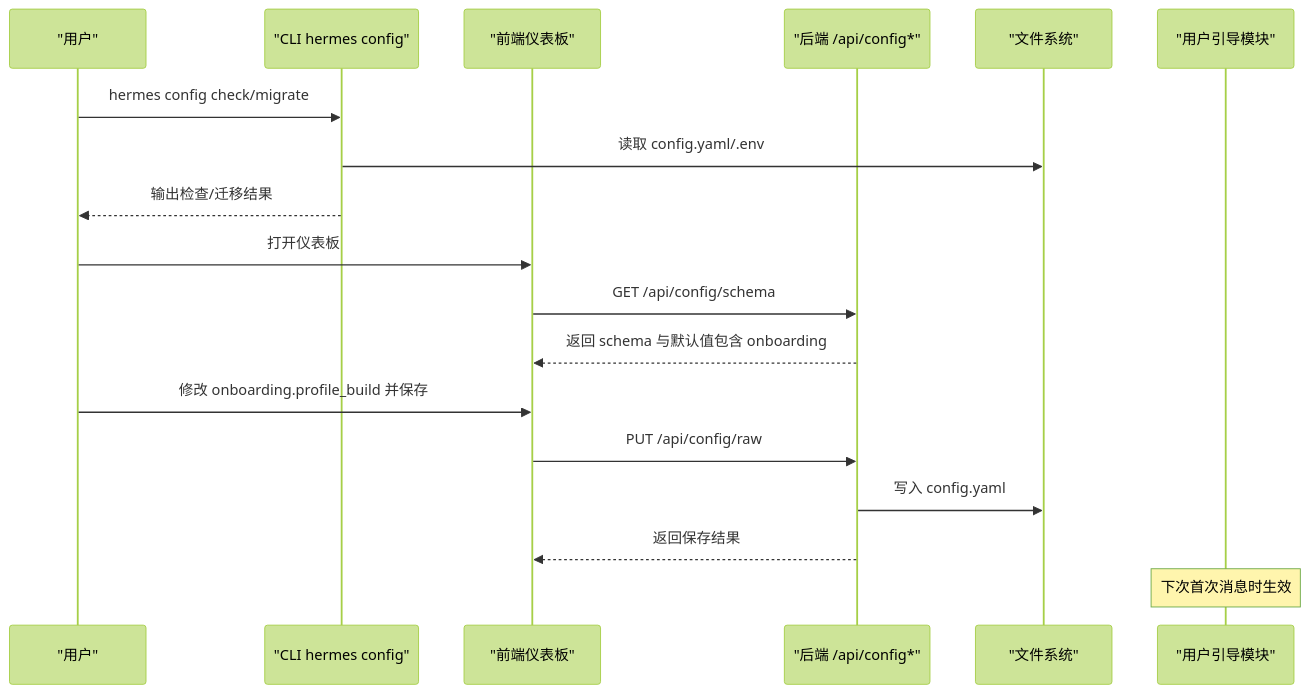
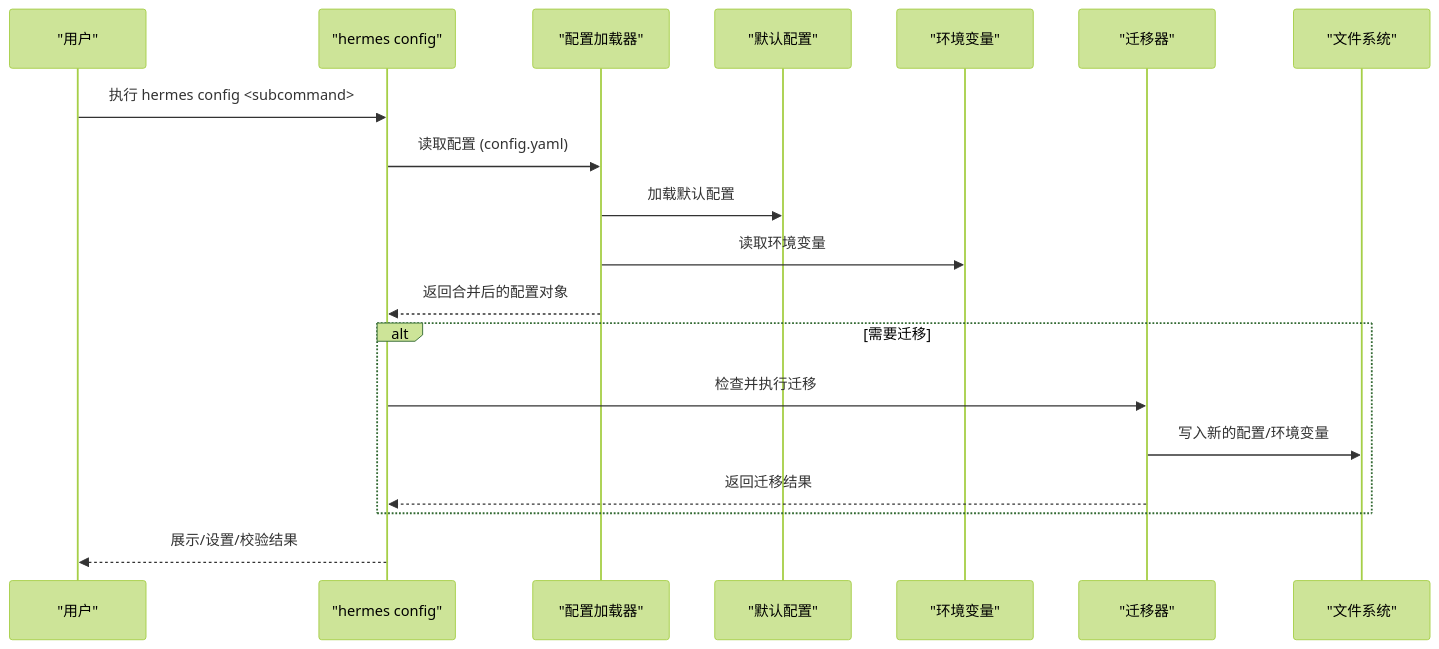
The second of 3 diagrams in .qoder/repowiki/zh/content/命令行界面/配置管理.md (haolange/hermes-agent), drawn with Mermaid (forest theme) before and after one commit. The commit also changed other lines of this file and 1206 other files, not shown here.

````diff
--- a/.qoder/repowiki/zh/content/命令行界面/配置管理.md
+++ b/.qoder/repowiki/zh/content/命令行界面/配置管理.md
@@ -223,20 +88,21 @@
 ```mermaid
 sequenceDiagram
-participant User as "用户"
-participant CLI as "CLI hermes config"
-participant FE as "前端仪表板"
-participant API as "后端 /api/config*"
+participant U as "用户"
+participant CLI as "hermes config"
+participant CFG as "配置加载器"
+participant DEF as "默认配置"
+participant ENV as "环境变量"
+participant MIG as "迁移器"
 participant FS as "文件系统"
-participant Onboarding as "用户引导模块"
-User->>CLI : hermes config check/migrate
-CLI->>FS : 读取 config.yaml/.env
-CLI-->>User : 输出检查/迁移结果
-User->>FE : 打开仪表板
-FE->>API : GET /api/config/schema
-API-->>FE : 返回 schema 与默认值包含 onboarding
-User->>FE : 修改 onboarding.profile_build 并保存
-FE->>API : PUT /api/config/raw
-API->>FS : 写入 config.yaml
-API-->>FE : 返回保存结果
-Note over Onboarding : 下次首次消息时生效
+U->>CLI : 执行 hermes config <subcommand>
+CLI->>CFG : 读取配置 (config.yaml)
+CFG->>DEF : 加载默认配置
+CFG->>ENV : 读取环境变量
+CFG-->>CLI : 返回合并后的配置对象
+alt 需要迁移
+CLI->>MIG : 检查并执行迁移
+MIG->>FS : 写入新的配置/环境变量
+MIG-->>CLI : 返回迁移结果
+end
+CLI-->>U : 展示/设置/校验结果
 ```
````
